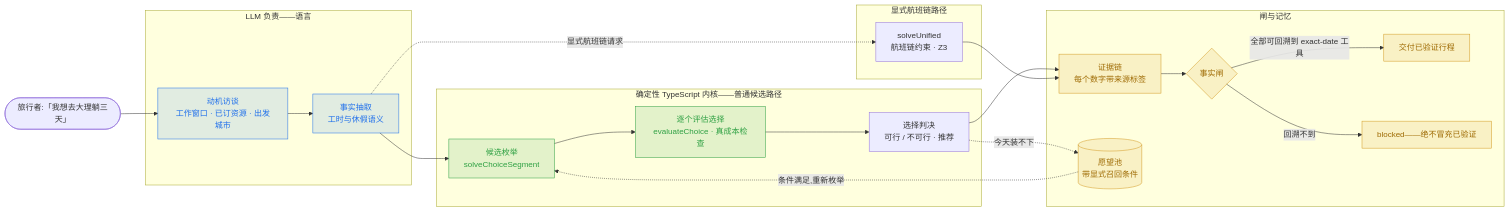
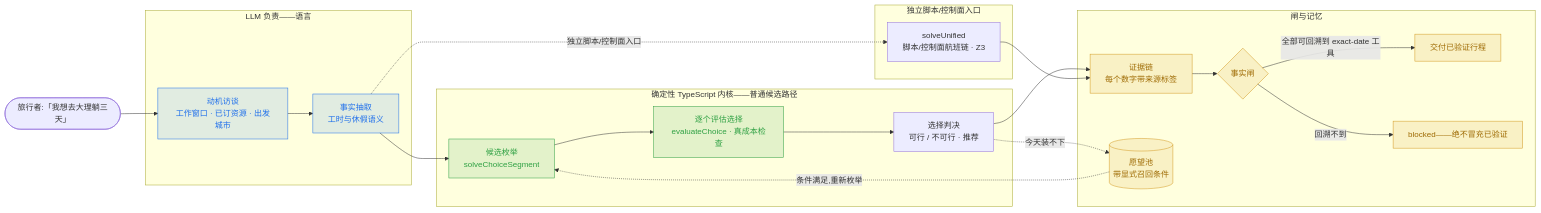
One commit to Danceiny/gotry changed the first of 4 diagrams in README.zh-CN.md. Above: the diagram before and after it, drawn with Mermaid. The commit also changed other lines of this file and 11 other files, not shown here.

````diff
--- a/README.zh-CN.md
+++ b/README.zh-CN.md
@@ -33,31 +33,31 @@
 ```mermaid
 flowchart LR
   U(["旅行者:「我想去大理躺三天」"]) --> A
   subgraph LANG["LLM 负责——语言"]
     A["动机访谈<br/>工作窗口 · 已订资源 · 出发城市"] --> B["事实抽取<br/>工时与休假语义"]
   end
   subgraph NUM["确定性 TypeScript 内核——普通候选路径"]
     C["候选枚举<br/>solveChoiceSegment"] --> D["逐个评估选择<br/>evaluateChoice · 真成本检查"] --> V["选择判决<br/>可行 / 不可行 · 推荐"]
   end
-  subgraph Z3PATH["显式航班链路径"]
-    Z["solveUnified<br/>航班链约束 · Z3"]
+  subgraph Z3PATH["独立脚本/控制面入口"]
+    Z["solveUnified<br/>脚本/控制面航班链 · Z3"]
   end
   subgraph GATE["闸与记忆"]
     E["证据链<br/>每个数字带来源标签"] --> F{"事实闸"}
     F -->|"全部可回溯到 exact-date 工具"| G["交付已验证行程"]
     F -->|"回溯不到"| H["blocked——绝不冒充已验证"]
     I[("愿望池<br/>带显式召回条件")]
   end
   B --> C
   V --> E
-  B -.->|"显式航班链请求"| Z
+  B -.->|"独立脚本/控制面入口"| Z
   Z --> E
   V -.->|"今天装不下"| I
   I -.->|"条件满足,重新枚举"| C
   classDef llm fill:#1f6feb22,stroke:#1f6feb,color:#1f6feb;
   classDef solver fill:#2ea04322,stroke:#2ea043,color:#2ea043;
   classDef gate fill:#d2992222,stroke:#d29922,color:#9e6a03;
   class A,B llm;
   class C,D solver;
   class E,F,G,H,I gate;
 ```
````
